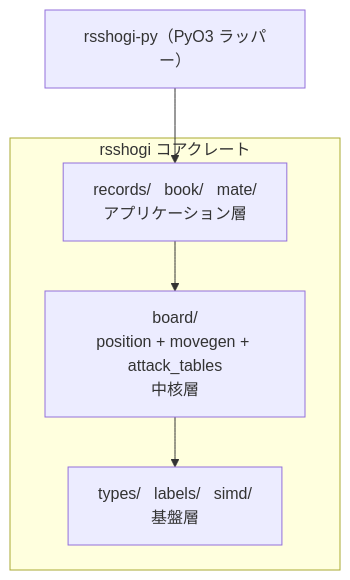
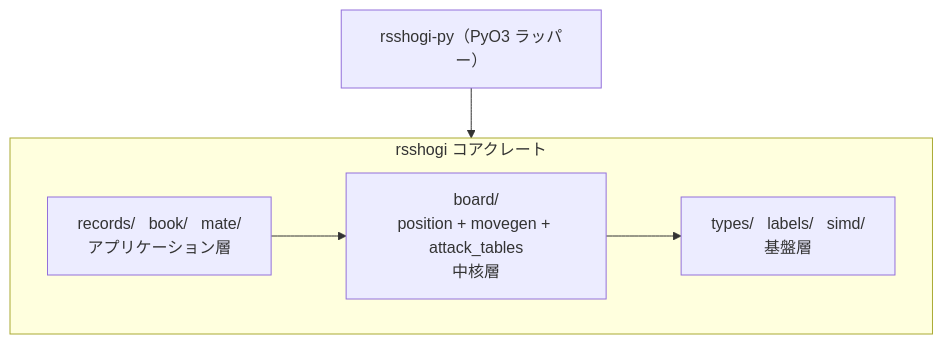
The diagram in docs/book/src/architecture.md (nyoki-mtl/rsshogi), drawn with Mermaid before and after one commit. The commit also changed other lines of this file and 61 other files, not shown here.

````diff
--- a/docs/book/src/architecture.md
+++ b/docs/book/src/architecture.md
@@ -37,12 +37,12 @@
 ```mermaid
 graph TB
     PY["rsshogi-py（PyO3 ラッパー）"]
     subgraph CORE["rsshogi コアクレート"]
         APP["records/ &nbsp; book/ &nbsp; mate/<br/>アプリケーション層"]
         BOARD["board/<br/>position + movegen + attack_tables<br/>中核層"]
         BASE["types/ &nbsp; labels/ &nbsp; simd/<br/>基盤層"]
         APP --> BOARD
         BOARD --> BASE
     end
-    PY --> APP
+    PY --> CORE
 ```
````
